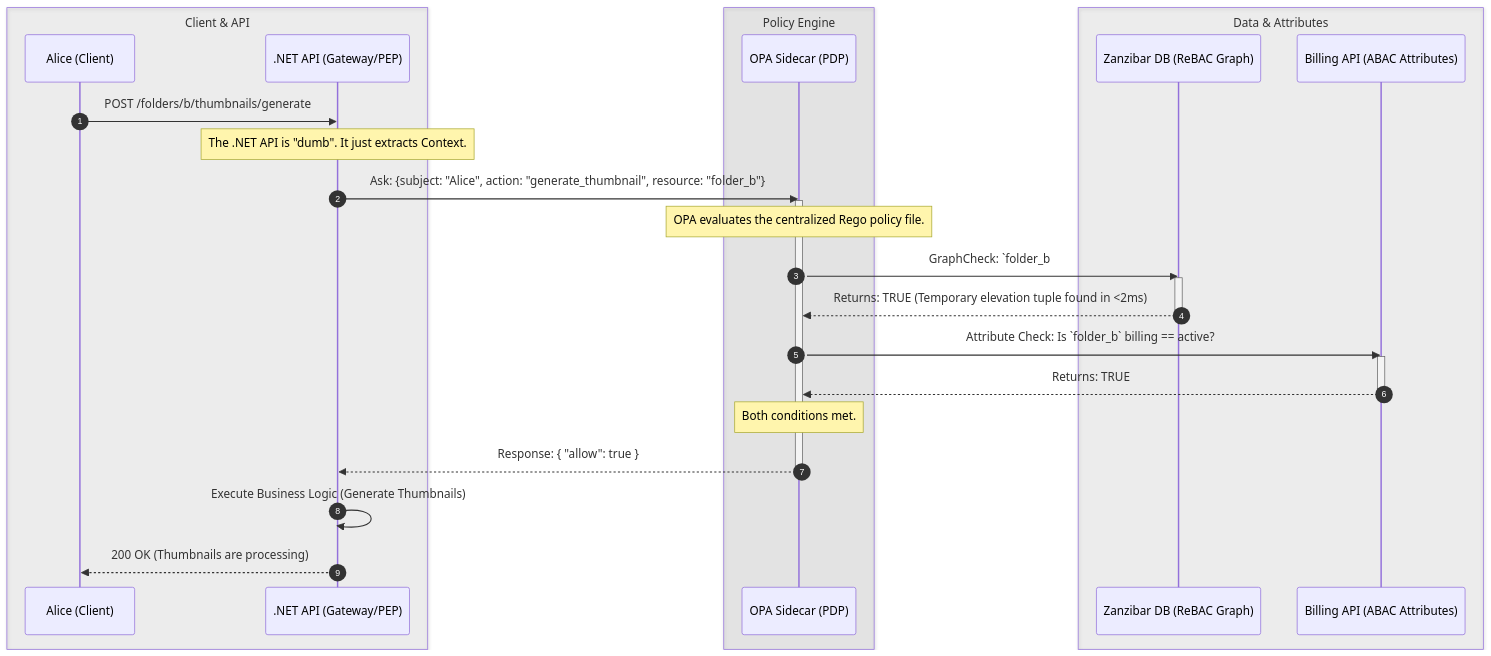
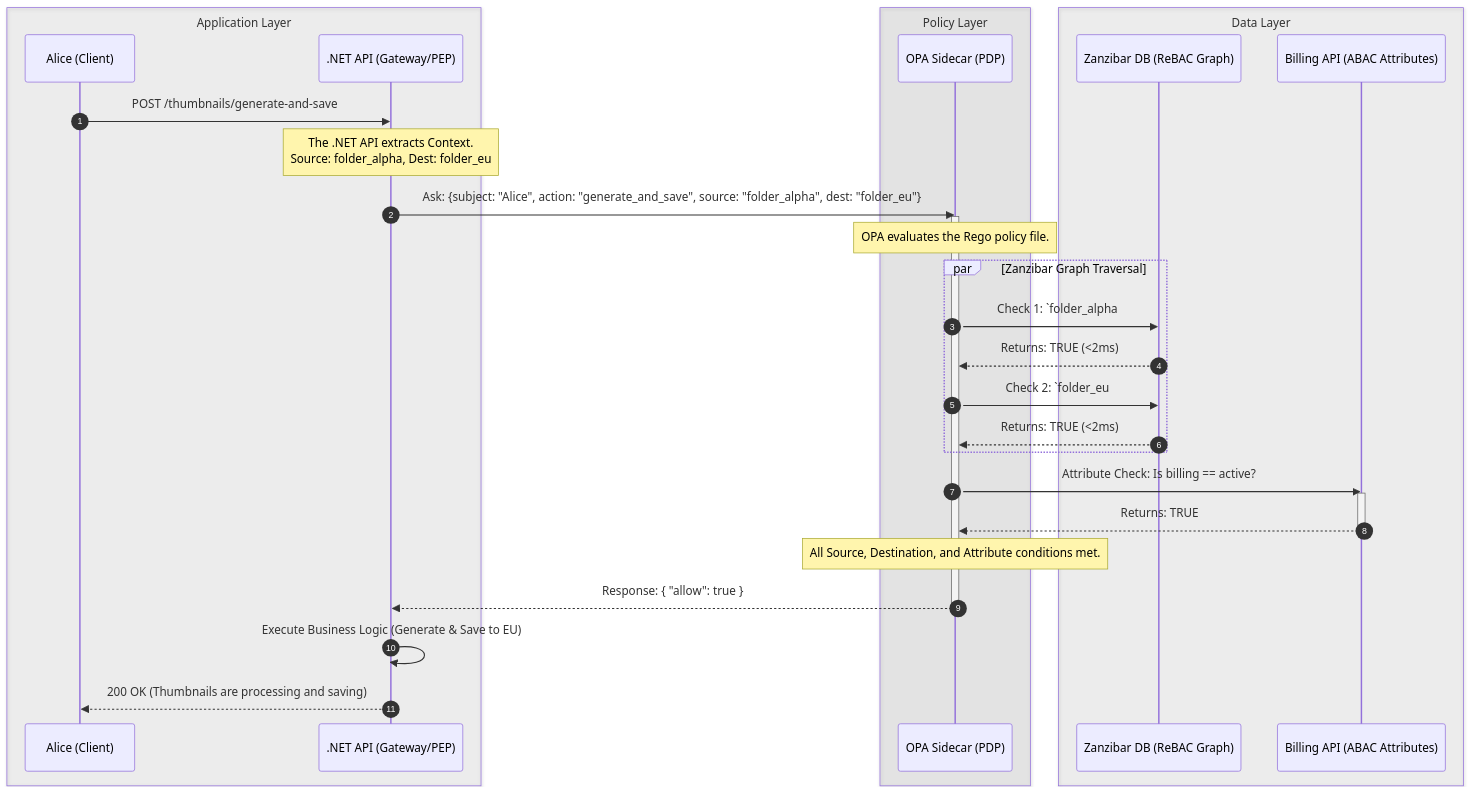
The diagram in Quiz/03-Advanced-Authorization-Policy-Engine.md (nirajp82/IdentityAccessManagement_IAM), drawn with Mermaid before and after one commit. The commit also changed other lines of this file, not shown here.

````diff
--- a/Quiz/03-Advanced-Authorization-Policy-Engine.md
+++ b/Quiz/03-Advanced-Authorization-Policy-Engine.md
@@ -288,44 +296,46 @@
 ```mermaid
 sequenceDiagram
     autonumber
     
-    box rgba(128, 128, 128, 0.1) Client & API
+    box rgba(128, 128, 128, 0.1) Application Layer
         participant Alice as Alice (Client)
         participant API as .NET API (Gateway/PEP)
     end
-    box rgba(128, 128, 128, 0.15) Policy Engine
+    box rgba(128, 128, 128, 0.15) Policy Layer
         participant OPA as OPA Sidecar (PDP)
     end
-    box rgba(128, 128, 128, 0.1) Data & Attributes
+    box rgba(128, 128, 128, 0.1) Data Layer
         participant SpiceDB as Zanzibar DB (ReBAC Graph)
         participant Billing as Billing API (ABAC Attributes)
     end
 
-    Alice->>API: POST /folders/b/thumbnails/generate
+    Alice->>API: POST /thumbnails/generate-and-save
     
-    Note over API: The .NET API is "dumb". It just extracts Context.
+    Note over API: The .NET API extracts Context.<br/>Source: folder_alpha, Dest: folder_eu
     
-    API->>OPA: Ask: {subject: "Alice", action: "generate_thumbnail", resource: "folder_b"}
+    API->>OPA: Ask: {subject: "Alice", action: "generate_and_save", source: "folder_alpha", dest: "folder_eu"}
     activate OPA
     
-    Note over OPA: OPA evaluates the centralized Rego policy file.
+    Note over OPA: OPA evaluates the Rego policy file.
     
-    OPA->>SpiceDB: GraphCheck: `folder_b#admin@alice` exist?
-    activate SpiceDB
-    SpiceDB-->>OPA: Returns: TRUE (Temporary elevation tuple found in <2ms)
-    deactivate SpiceDB
+    par Zanzibar Graph Traversal
+        OPA->>SpiceDB: Check 1: `folder_alpha#admin@alice` exist?
+        SpiceDB-->>OPA: Returns: TRUE (<2ms)
+        
+        OPA->>SpiceDB: Check 2: `folder_eu#writer@alice` exist?
+        SpiceDB-->>OPA: Returns: TRUE (<2ms)
+    end
     
-    OPA->>Billing: Attribute Check: Is `folder_b` billing == active?
+    OPA->>Billing: Attribute Check: Is billing == active?
     activate Billing
     Billing-->>OPA: Returns: TRUE
     deactivate Billing
     
-    Note over OPA: Both conditions met.
+    Note over OPA: All Source, Destination, and Attribute conditions met.
     OPA-->>API: Response: { "allow": true }
     deactivate OPA
     
-    API->>API: Execute Business Logic (Generate Thumbnails)
-    API-->>Alice: 200 OK (Thumbnails are processing)
-
+    API->>API: Execute Business Logic (Generate & Save to EU)
+    API-->>Alice: 200 OK (Thumbnails are processing and saving)
 
 ```
````
